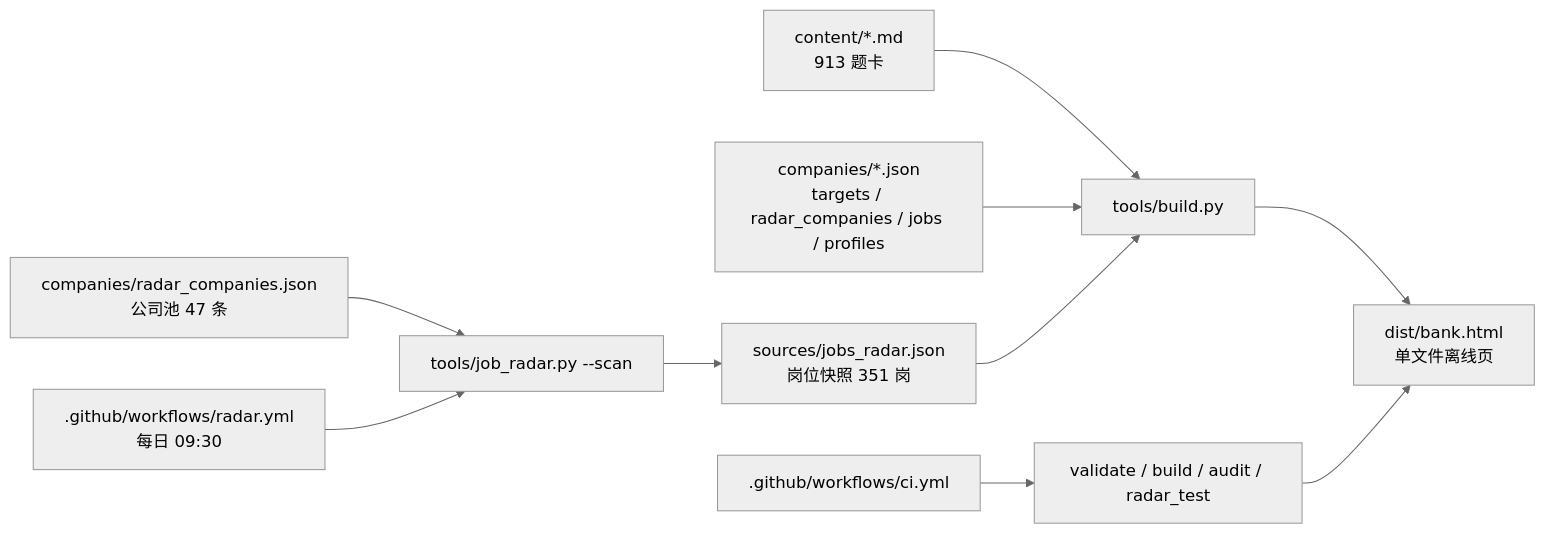
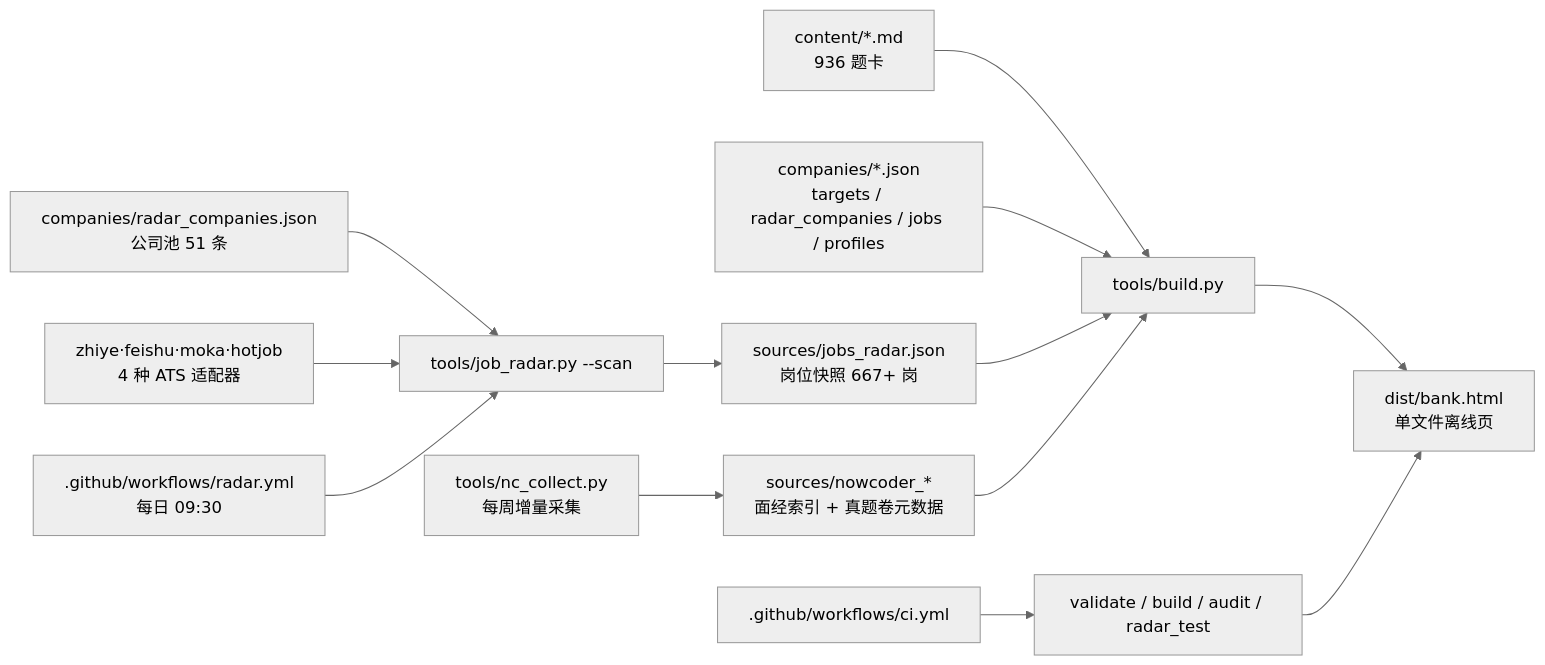
The diagram in docs/architecture.md (DOURENCHI/interview-bank), drawn with Mermaid (neutral theme) before and after one commit. The commit also changed other lines of this file and 41 other files, not shown here.

````diff
--- a/docs/architecture.md
+++ b/docs/architecture.md
@@ -22,12 +22,15 @@
 ```mermaid
 flowchart LR
-    A[content/*.md<br/>913 题卡] --> B[tools/build.py]
+    A[content/*.md<br/>936 题卡] --> B[tools/build.py]
     C[companies/*.json<br/>targets / radar_companies / jobs / profiles] --> B
-    D[sources/jobs_radar.json<br/>岗位快照 351 岗] --> B
+    D[sources/jobs_radar.json<br/>岗位快照 667+ 岗] --> B
+    N[sources/nowcoder_*<br/>面经索引 + 真题卷元数据] --> B
     B --> E[dist/bank.html<br/>单文件离线页]
-    F[companies/radar_companies.json<br/>公司池 47 条] --> G[tools/job_radar.py --scan]
+    F[companies/radar_companies.json<br/>公司池 51 条] --> G[tools/job_radar.py --scan]
     G --> D
+    G2[zhiye·feishu·moka·hotjob<br/>4 种 ATS 适配器] --> G
     H[.github/workflows/radar.yml<br/>每日 09:30] --> G
+    NC[tools/nc_collect.py<br/>每周增量采集] --> N
     I[.github/workflows/ci.yml] --> J[validate / build / audit / radar_test]
     J --> E
 ```
````
